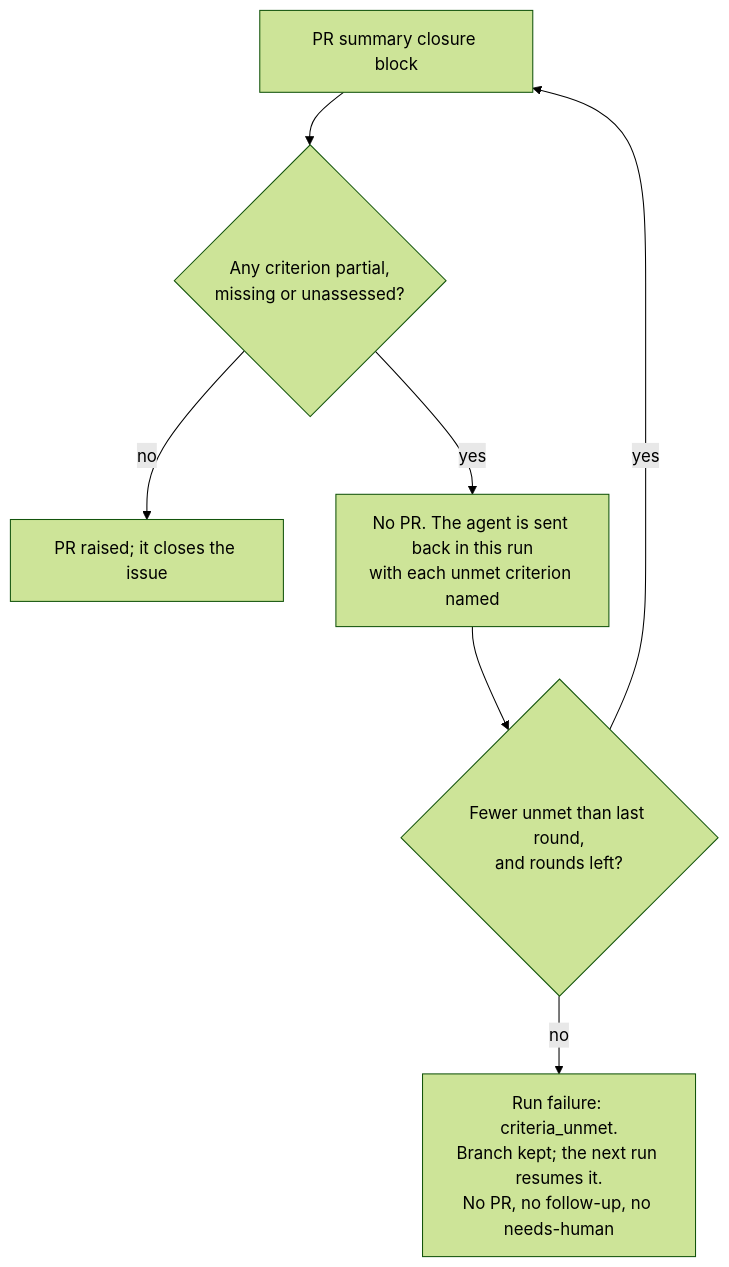
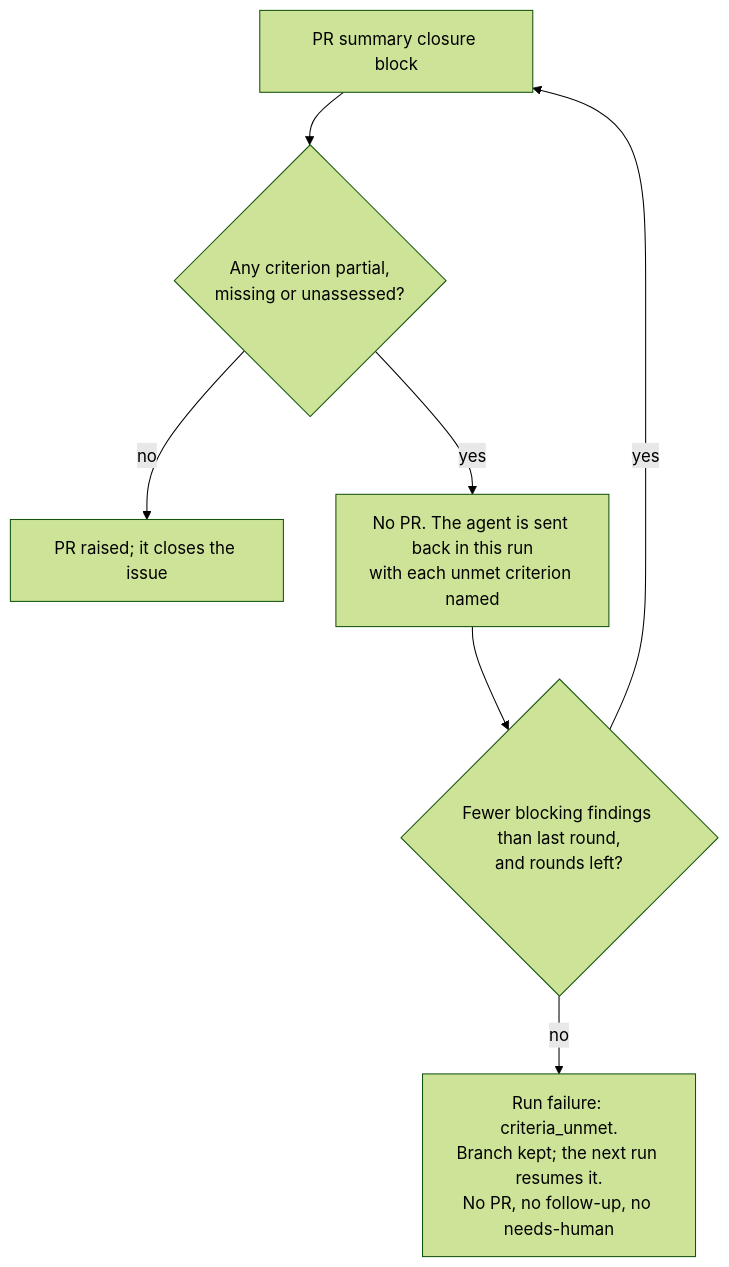
One commit to stSoftwareAU/VibeCoder changed diagram 21 of 26 in docs/workflows/issue-processing.md. Above: the diagram before and after it, drawn with Mermaid (forest theme). The commit also changed other lines of this file and 24 other files, not shown here.

````diff
--- a/docs/workflows/issue-processing.md
+++ b/docs/workflows/issue-processing.md
@@ -2623,9 +2625,9 @@
 ```mermaid
 flowchart TD
     S["PR summary closure block"] --> U{"Any criterion partial,<br/>missing or unassessed?"}
     U -- no --> P["PR raised; it closes the issue"]
     U -- yes --> R["No PR. The agent is sent back in this run<br/>with each unmet criterion named"]
-    R --> G{"Fewer unmet than last round,<br/>and rounds left?"}
+    R --> G{"Fewer blocking findings than last round,<br/>and rounds left?"}
     G -- yes --> S
     G -- no --> F["Run failure: criteria_unmet.<br/>Branch kept; the next run resumes it.<br/>No PR, no follow-up, no needs-human"]
 ```
````
